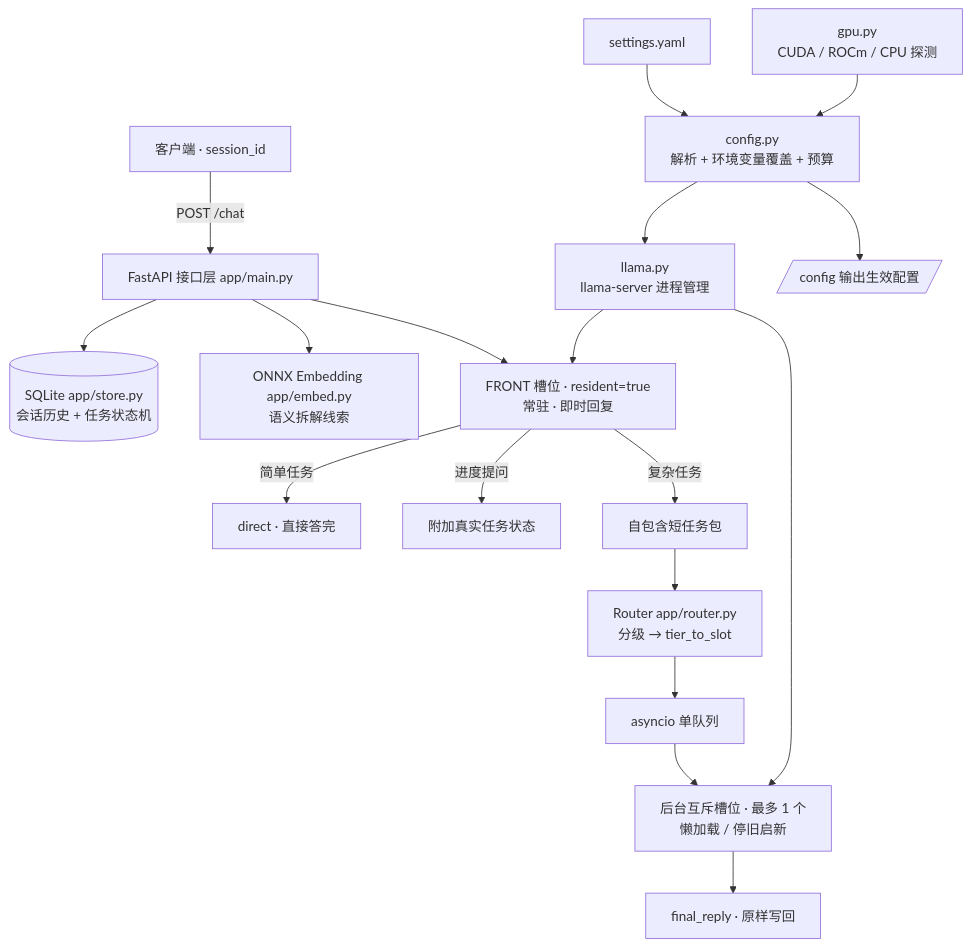
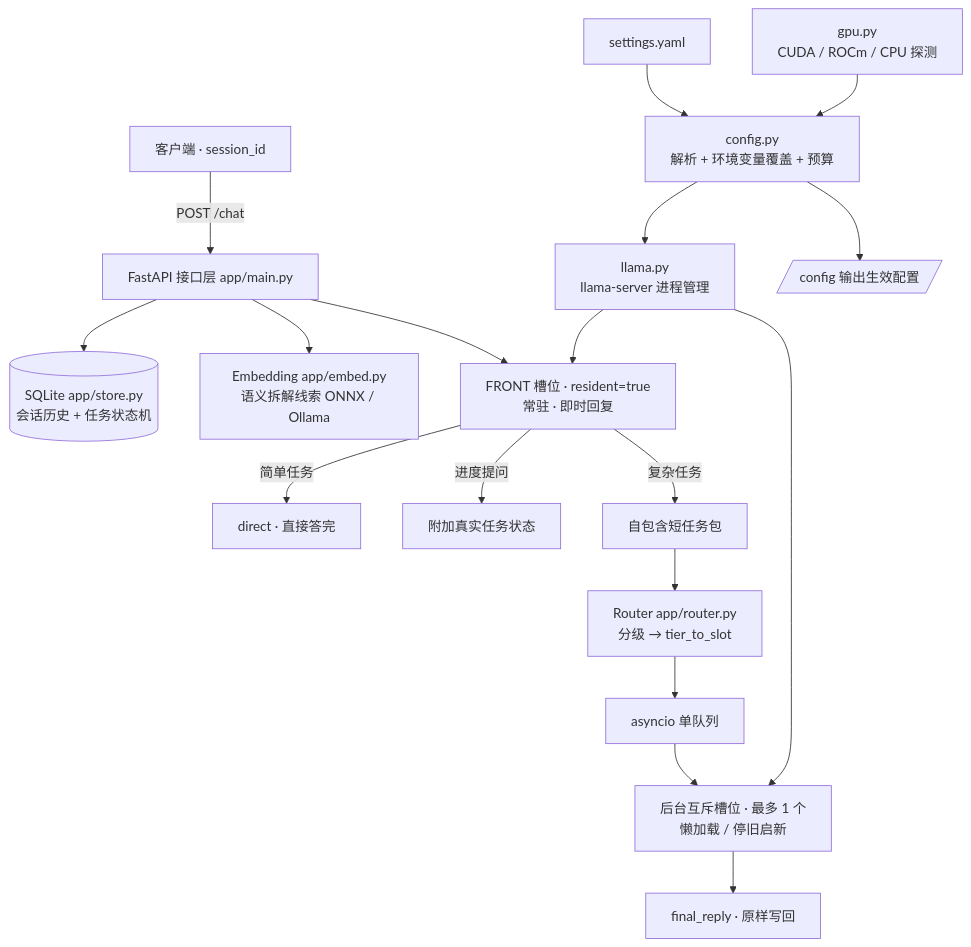
Before and after one commit to liuda1999/explore-router: the diagram in PROJECT_INTRO.md, drawn with Mermaid. The commit also changed other lines of this file and 31 other files, not shown here.

````diff
--- a/PROJECT_INTRO.md
+++ b/PROJECT_INTRO.md
@@ -76,21 +81,21 @@
 ```mermaid
 flowchart TD
     C[客户端 · session_id] -->|POST /chat| A[FastAPI 接口层 app/main.py]
     A --> S[(SQLite app/store.py<br/>会话历史 + 任务状态机)]
-    A --> E[ONNX Embedding app/embed.py<br/>语义拆解线索]
+    A --> E[Embedding app/embed.py<br/>语义拆解线索 ONNX / Ollama]
     A --> F[FRONT 槽位 · resident=true<br/>常驻 · 即时回复]
     F -->|简单任务| D[direct · 直接答完]
     F -->|进度提问| P[附加真实任务状态]
     F -->|复杂任务| Q[自包含短任务包]
     Q --> R[Router app/router.py<br/>分级 → tier_to_slot]
     R --> W[asyncio 单队列]
     W --> B[后台互斥槽位 · 最多 1 个<br/>懒加载 / 停旧启新]
     B --> V[final_reply · 原样写回]
 
     Y[settings.yaml] --> CFG[config.py<br/>解析 + 环境变量覆盖 + 预算]
     GPU[gpu.py<br/>CUDA / ROCm / CPU 探测] --> CFG
     CFG --> LL[llama.py<br/>llama-server 进程管理]
     LL --> F
     LL --> B
     CFG --> API[/config 输出生效配置/]
 ```
````
